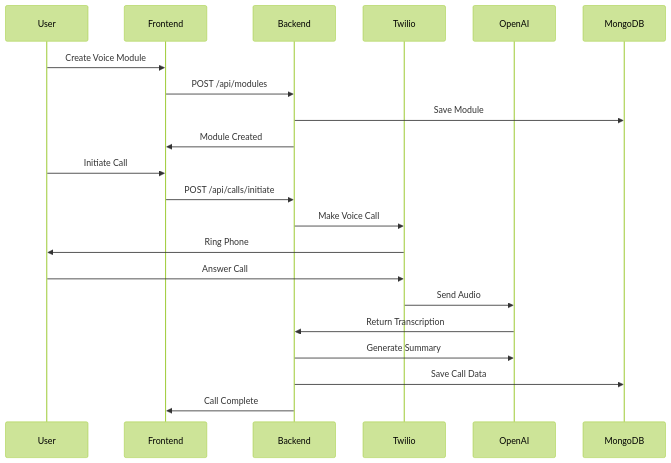
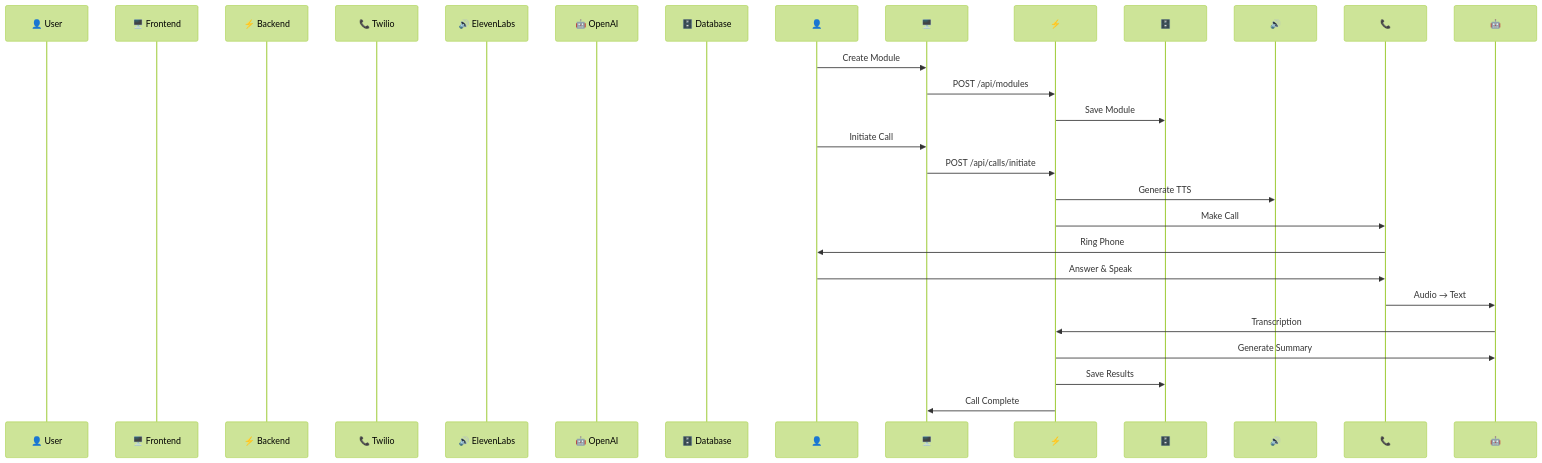
The second of 2 diagrams in README.md (AbhigyanRaj/Vok.AI), drawn with Mermaid (forest theme) before and after one commit. The commit also changed other lines of this file, not shown here.

````diff
--- a/README.md
+++ b/README.md
@@ -97,25 +180,27 @@
 ```mermaid
 sequenceDiagram
-    participant U as User
-    participant F as Frontend
-    participant B as Backend
-    participant T as Twilio
-    participant O as OpenAI
-    participant DB as MongoDB
+    participant 👤 User
+    participant 🖥️ Frontend
+    participant ⚡ Backend
+    participant 📞 Twilio
+    participant 🔊 ElevenLabs
+    participant 🤖 OpenAI
+    participant 🗄️ Database
 
-    U->>F: Create Voice Module
-    F->>B: POST /api/modules
-    B->>DB: Save Module
-    B->>F: Module Created
+    👤->>🖥️: Create Module
+    🖥️->>⚡: POST /api/modules
+    ⚡->>🗄️: Save Module
     
-    U->>F: Initiate Call
-    F->>B: POST /api/calls/initiate
-    B->>T: Make Voice Call
-    T->>U: Ring Phone
-    U->>T: Answer Call
-    T->>O: Send Audio
-    O->>B: Return Transcription
-    B->>O: Generate Summary
-    B->>DB: Save Call Data
-    B->>F: Call Complete
+    👤->>🖥️: Initiate Call
+    🖥️->>⚡: POST /api/calls/initiate
+    ⚡->>🔊: Generate TTS
+    ⚡->>📞: Make Call
+    📞->>👤: Ring Phone
+    
+    👤->>📞: Answer & Speak
+    📞->>🤖: Audio → Text
+    🤖->>⚡: Transcription
+    ⚡->>🤖: Generate Summary
+    ⚡->>🗄️: Save Results
+    ⚡->>🖥️: Call Complete
 ```
````
